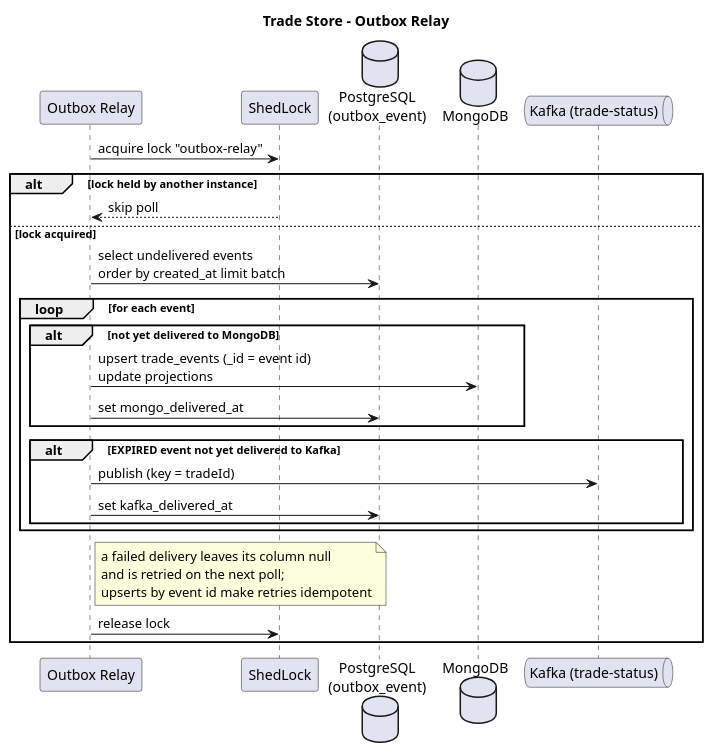
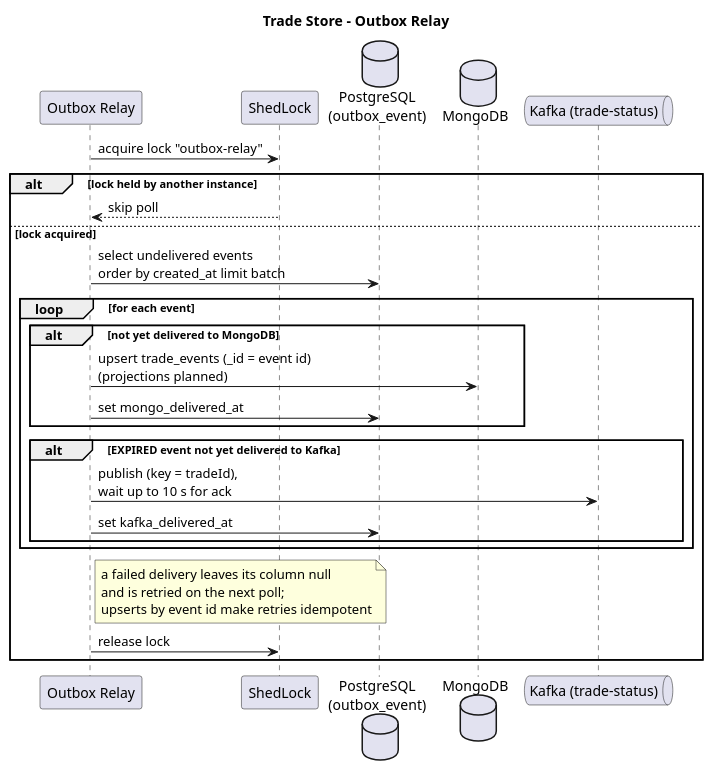
One commit to jabhijeet/trade-store changed the diagram in docs/diagrams/sequence-outbox-relay.puml. Above: the diagram before and after it, drawn with PlantUML. The commit also changed 37 other files, not shown here.

```diff
--- a/docs/diagrams/sequence-outbox-relay.puml
+++ b/docs/diagrams/sequence-outbox-relay.puml
@@ -1,28 +1,28 @@
 @startuml sequence-outbox-relay
 title Trade Store - Outbox Relay
 
 participant "Outbox Relay" as relay
 participant "ShedLock" as shedlock
 database "PostgreSQL\n(outbox_event)" as postgres
 database "MongoDB" as mongo
 queue "Kafka (trade-status)" as statusTopic
 
 relay -> shedlock : acquire lock "outbox-relay"
 alt lock held by another instance
   shedlock --> relay : skip poll
 else lock acquired
   relay -> postgres : select undelivered events\norder by created_at limit batch
   loop for each event
     alt not yet delivered to MongoDB
-      relay -> mongo : upsert trade_events (_id = event id)\nupdate projections
+      relay -> mongo : upsert trade_events (_id = event id)\n(projections planned)
       relay -> postgres : set mongo_delivered_at
     end
     alt EXPIRED event not yet delivered to Kafka
-      relay -> statusTopic : publish (key = tradeId)
+      relay -> statusTopic : publish (key = tradeId),\nwait up to 10 s for ack
       relay -> postgres : set kafka_delivered_at
     end
   end
   note right of relay : a failed delivery leaves its column null\nand is retried on the next poll;\nupserts by event id make retries idempotent
   relay -> shedlock : release lock
 end
 @enduml
```
